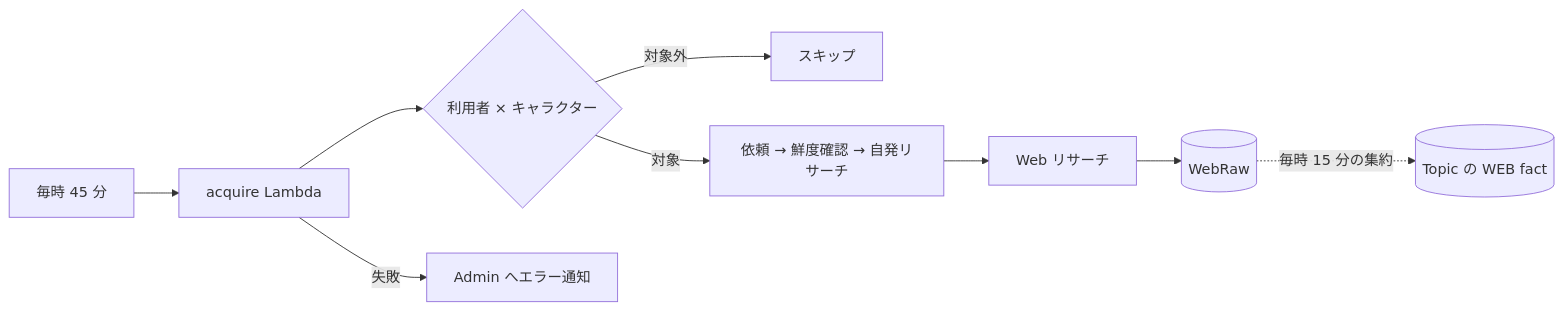
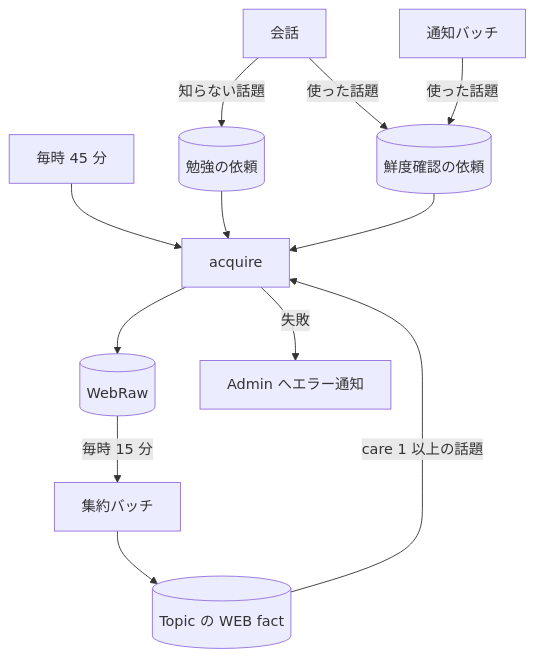
The second of 2 diagrams in docs/specs/livetalk/batch/acquire.md (nagiyu/nagiyu-platform), drawn with Mermaid before and after one commit. The commit also changed other lines of this file and 6 other files, not shown here.

First line of the commit message:
仕様カードの処理をフロー図にし、末尾の図をつながりに変える

````diff
--- a/docs/specs/livetalk/batch/acquire.md
+++ b/docs/specs/livetalk/batch/acquire.md
@@ -89,11 +108,13 @@
 ```mermaid
-flowchart LR
-    EB["毎時 45 分"] --> L["acquire Lambda"]
-    L --> U{"利用者 × キャラクター"}
-    U -->|"対象外"| S["スキップ"]
-    U -->|"対象"| Q["依頼 → 鮮度確認 → 自発リサーチ"]
-    Q --> W["Web リサーチ"]
-    W --> R[("WebRaw")]
-    R -.->|"毎時 15 分の集約"| T[("Topic の WEB fact")]
-    L -->|"失敗"| A["Admin へエラー通知"]
+flowchart TD
+    EB[毎時 45 分] --> L[acquire]
+    C[会話] -->|知らない話題| Q[(勉強の依頼)]
+    C -->|使った話題| F[(鮮度確認の依頼)]
+    N[通知バッチ] -->|使った話題| F
+    Q & F --> L
+    L --> W[(WebRaw)]
+    W -->|毎時 15 分| CO[集約バッチ]
+    CO --> T[(Topic の WEB fact)]
+    T -->|care 1 以上の話題| L
+    L -->|失敗| AD[Admin へエラー通知]
 ```
````
